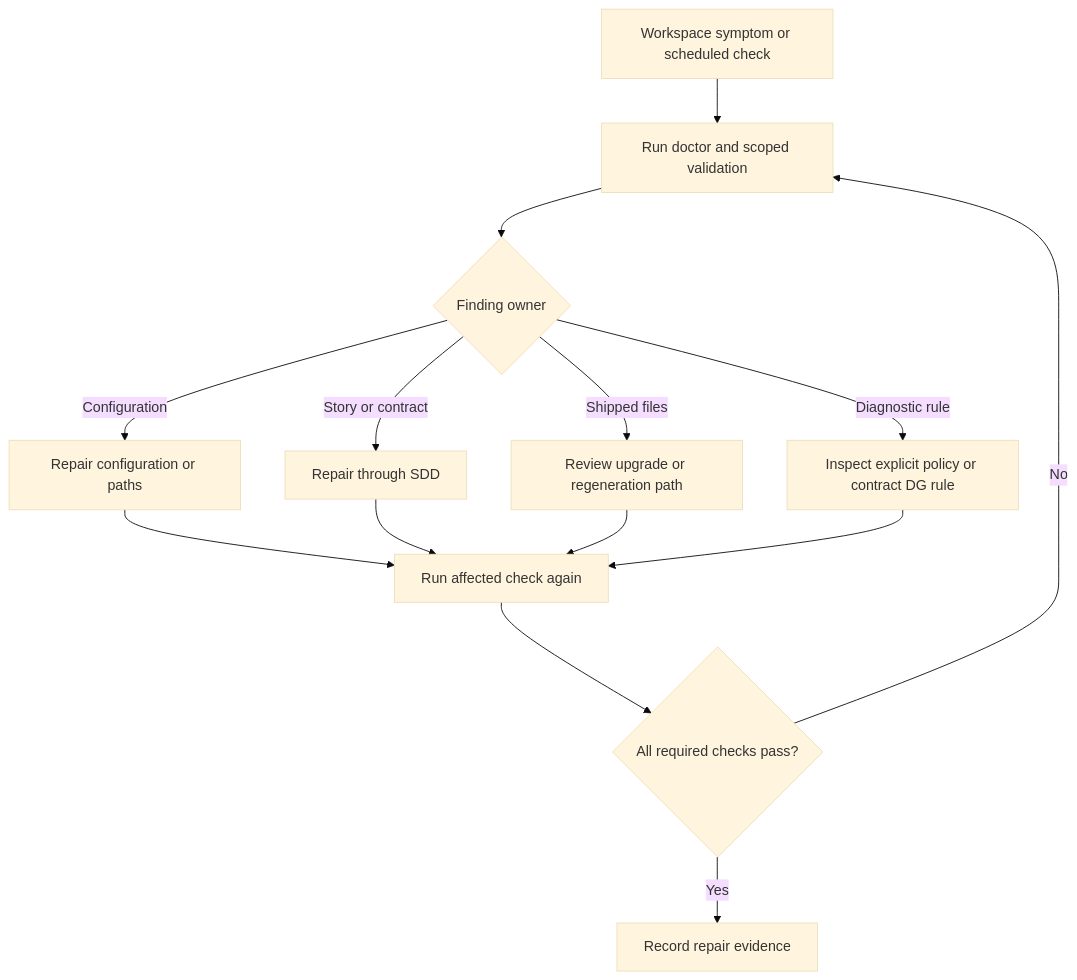
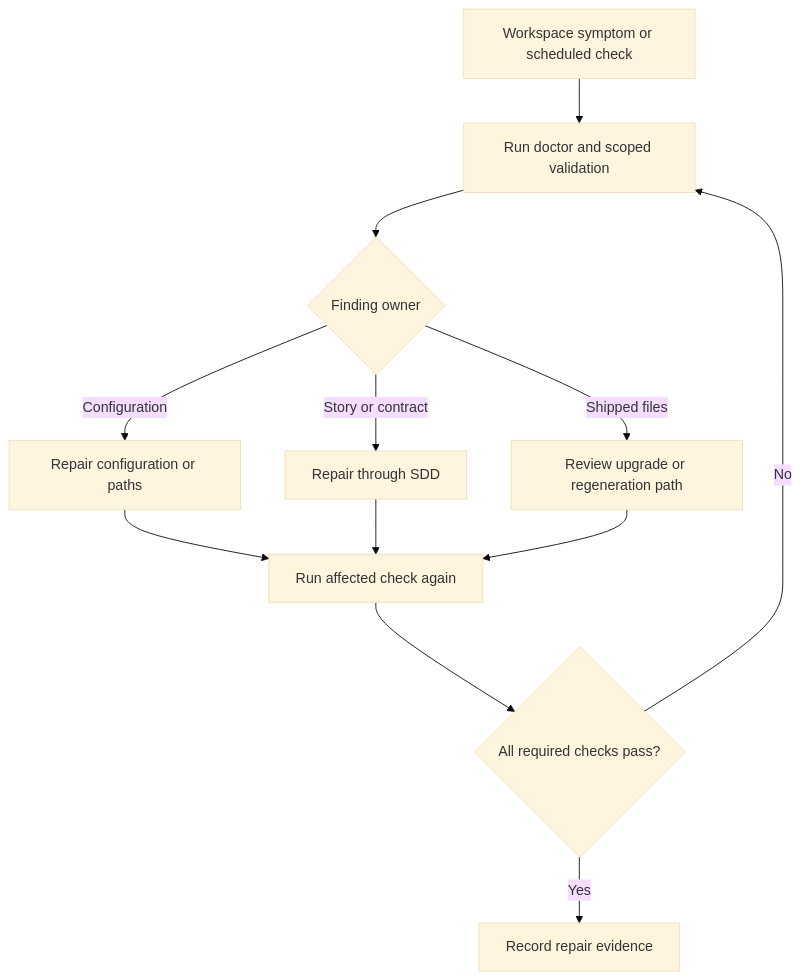
One commit to aganesy/QFAI changed the diagram in .qfai/spec/02_business-flow/business-flow-0003/business-flow.md. Above: the diagram before and after it, drawn with Mermaid (base theme). The commit also changed other lines of this file and 54 other files, not shown here.

````diff
--- a/.qfai/spec/02_business-flow/business-flow-0003/business-flow.md
+++ b/.qfai/spec/02_business-flow/business-flow-0003/business-flow.md
@@ -10,16 +10,14 @@
 ```mermaid
 flowchart TD
   Symptom[Workspace symptom or scheduled check] --> Diagnose[Run doctor and scoped validation]
   Diagnose --> Classify{Finding owner}
   Classify -->|Configuration| Config[Repair configuration or paths]
   Classify -->|Story or contract| SDD[Repair through SDD]
   Classify -->|Shipped files| Upgrade[Review upgrade or regeneration path]
-  Classify -->|Diagnostic rule| Rule[Inspect explicit policy or contract DG rule]
   Config --> Recheck[Run affected check again]
   SDD --> Recheck
   Upgrade --> Recheck
-  Rule --> Recheck
   Recheck --> Result{All required checks pass?}
   Result -->|No| Diagnose
   Result -->|Yes| Record[Record repair evidence]
 ```
````
